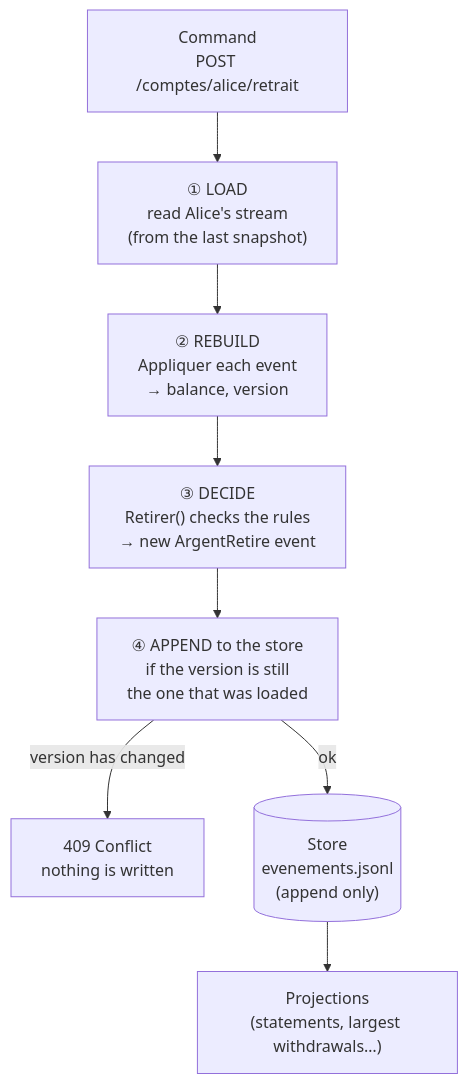
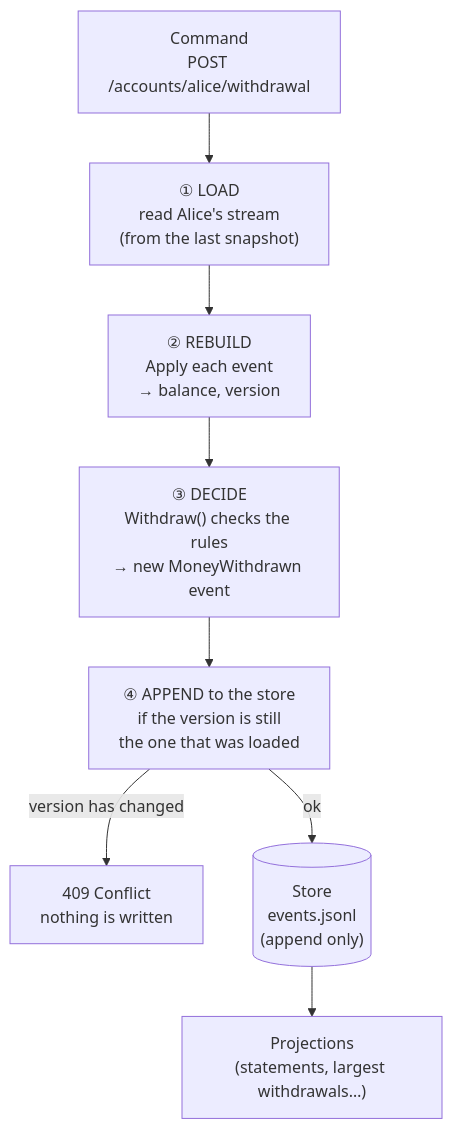
The second of 4 diagrams in Docs/en/10-event-sourcing.md (drangoht/ArchitecturesDemo), drawn with Mermaid before and after one commit. The commit also changed other lines of this file and 78 other files, not shown here.

First line of the commit message:
Docs EN : identifiants, liens, diagrammes et sorties alignés sur le code anglais

````diff
--- a/Docs/en/10-event-sourcing.md
+++ b/Docs/en/10-event-sourcing.md
@@ -31,10 +31,10 @@
 ```mermaid
 flowchart TB
-    C["Command<br/>POST /comptes/alice/retrait"] --> L["① LOAD<br/>read Alice's stream<br/>(from the last snapshot)"]
-    L --> R["② REBUILD<br/>Appliquer each event<br/>→ balance, version"]
-    R --> D["③ DECIDE<br/>Retirer() checks the rules<br/>→ new ArgentRetire event"]
+    C["Command<br/>POST /accounts/alice/withdrawal"] --> L["① LOAD<br/>read Alice's stream<br/>(from the last snapshot)"]
+    L --> R["② REBUILD<br/>Apply each event<br/>→ balance, version"]
+    R --> D["③ DECIDE<br/>Withdraw() checks the rules<br/>→ new MoneyWithdrawn event"]
     D --> A["④ APPEND to the store<br/>if the version is still<br/>the one that was loaded"]
     A -->|"version has changed"| X["409 Conflict<br/>nothing is written"]
-    A -->|"ok"| M[("Store<br/>evenements.jsonl<br/>(append only)")]
+    A -->|"ok"| M[("Store<br/>events.jsonl<br/>(append only)")]
     M --> P["Projections<br/>(statements, largest withdrawals…)"]
 ```
````
